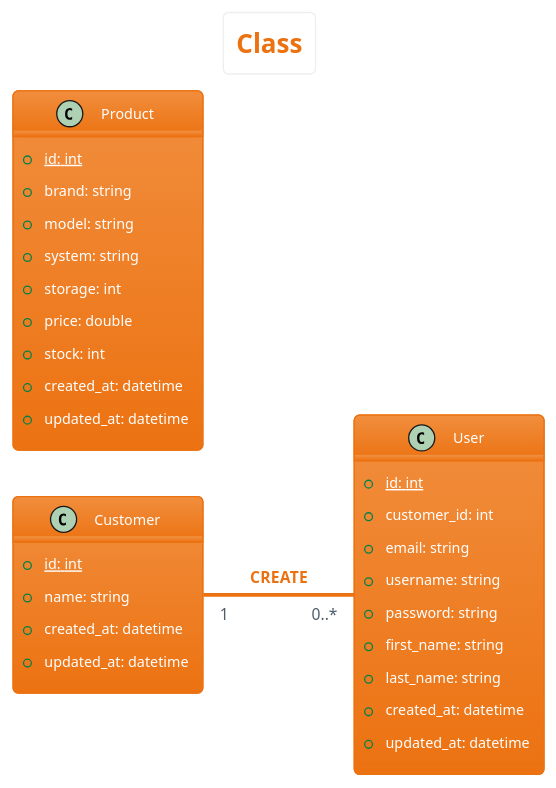
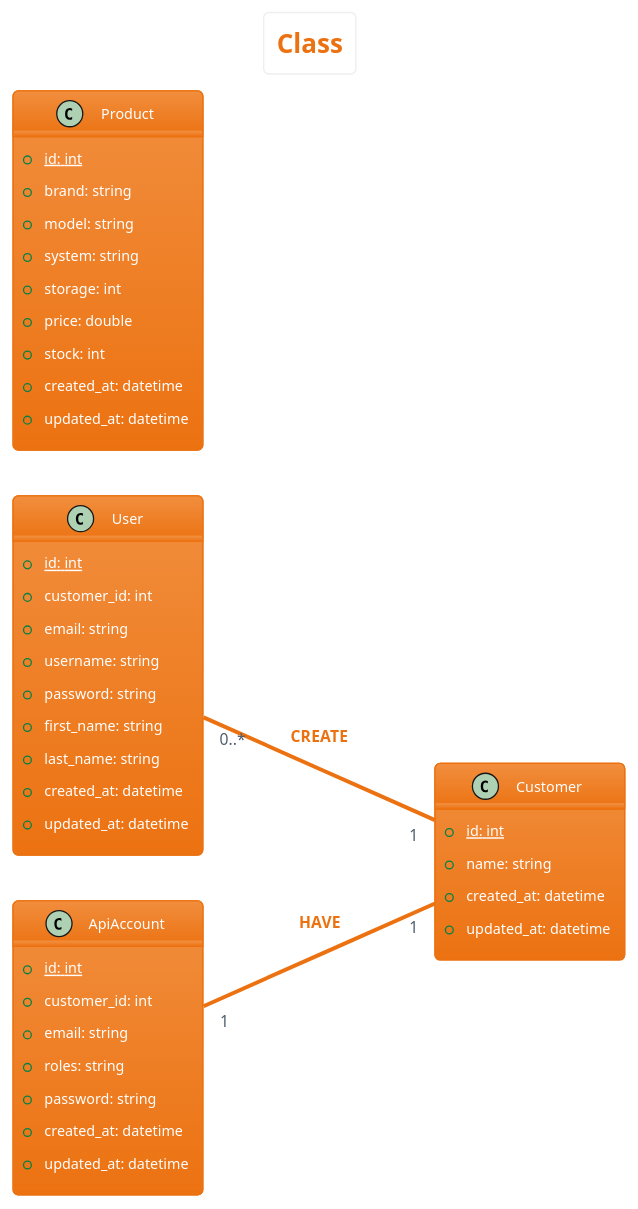
One commit to sebastien-d-me/BileMo changed the diagram in diagrammes/class/class.plantuml. Above: the diagram before and after it, drawn with PlantUML. The commit also changed 15 other files, not shown here.

Commit message:
✨ Continuation of the api account

```diff
--- a/diagrammes/class/class.plantuml
+++ b/diagrammes/class/class.plantuml
@@ -1,48 +1,60 @@
 @startuml class
 left to right direction
 skinparam actorStyle Awesome
 skinparam ArrowThickness 1
 !theme aws-orange
 skinparam backgroundcolor White
 
 'Titre'
 title Class
 
 'Customer'
 class Customer {
     {static} +id: int
     +name: string
     +created_at: datetime
     +updated_at: datetime
 }
 
+'User'
+class User {
+    {static} +id: int
+    +customer_id: int
+    +email: string
+    +username: string
+    +password: string
+    +first_name: string
+    +last_name: string
+    +created_at: datetime
+    +updated_at: datetime
+}
+
+'Api Account'
+class ApiAccount {
+    {static} +id: int
+    +customer_id: int
+    +email: string
+    +roles: string
+    +password: string
+    +created_at: datetime
+    +updated_at: datetime
+}
+
 'Product'
 class Product {
     {static} +id: int
     +brand: string
     +model: string
     +system: string
     +storage: int
     +price: double
     +stock: int
     +created_at: datetime
     +updated_at: datetime
 }
 
-'User'
-class User {
-    {static} +id: int
-    +customer_id: int
-    +email: string
-    +username: string
-    +password: string
-    +first_name: string
-    +last_name: string
-    +created_at: datetime
-    +updated_at: datetime
-}
-
 
 'Déroulement'
-Customer "1" -- "0..*" User: $warning("CREATE")
+User "0..*" --- "1" Customer: $warning("CREATE")
+ApiAccount "1" --- "1" Customer: $warning("HAVE")
 @enduml
```
